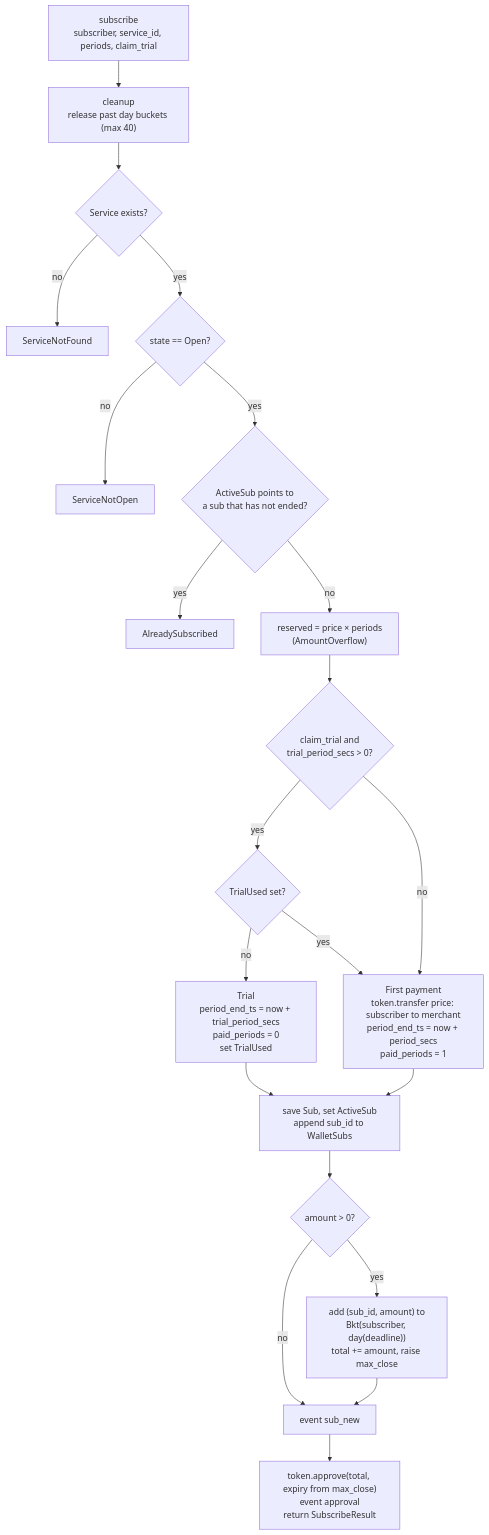
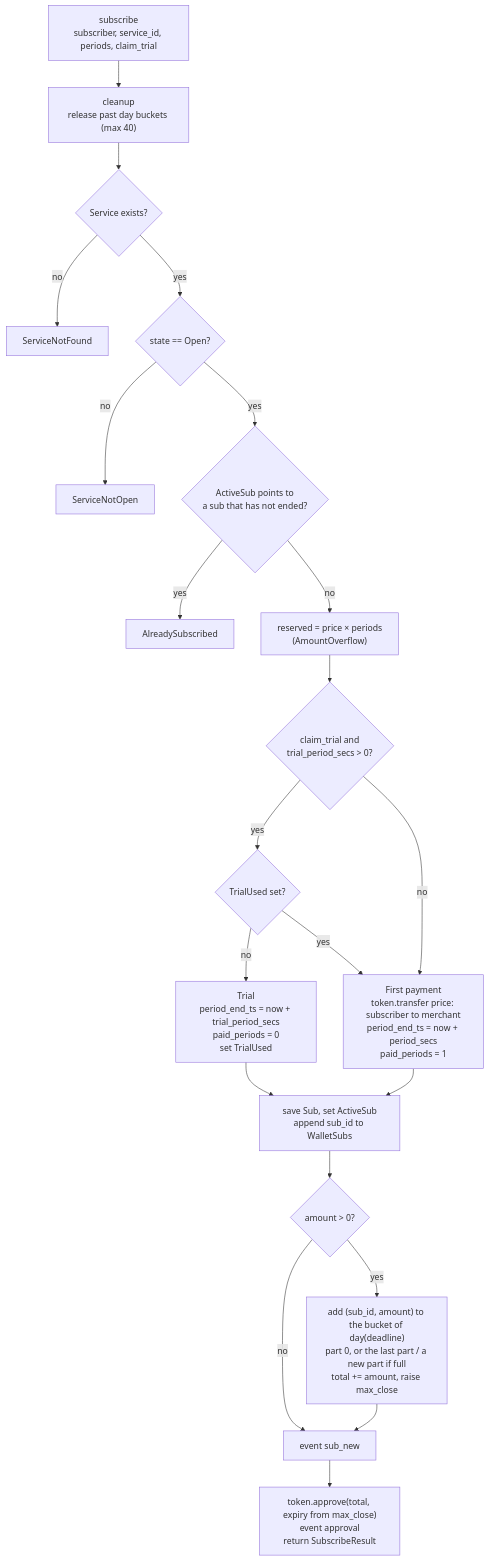
One commit to PiNetwork/PiRC changed the second of 5 diagrams in PiRC2/2-overview.md. Above: the diagram before and after it, drawn with Mermaid. The commit also changed other lines of this file and 3 other files, not shown here.

First line of the commit message:
PiRC2: overflow bucket parts; day 0 = 2026-01-01

````diff
--- a/PiRC2/2-overview.md
+++ b/PiRC2/2-overview.md
@@ -57,23 +57,23 @@
 ```mermaid
 flowchart TD
   A[subscribe<br/>subscriber, service_id, periods, claim_trial] --> CL["cleanup<br/>release past day buckets (max 40)"]
   CL --> B{Service exists?}
   B -- no --> E1[ServiceNotFound]
   B -- yes --> C{state == Open?}
   C -- no --> E2[ServiceNotOpen]
   C -- yes --> D{ActiveSub points to<br/>a sub that has not ended?}
   D -- yes --> E3[AlreadySubscribed]
   D -- no --> RS["reserved = price × periods<br/>(AmountOverflow)"]
   RS --> H{claim_trial and<br/>trial_period_secs > 0?}
   H -- yes --> I{TrialUsed set?}
   I -- no --> T["Trial<br/>period_end_ts = now + trial_period_secs<br/>paid_periods = 0<br/>set TrialUsed"]
   I -- yes --> P
   H -- no --> P["First payment<br/>token.transfer price: subscriber to merchant<br/>period_end_ts = now + period_secs<br/>paid_periods = 1"]
   T --> R["save Sub, set ActiveSub<br/>append sub_id to WalletSubs"]
   P --> R
   R --> K{amount > 0?}
-  K -- yes --> BK["add (sub_id, amount) to<br/>Bkt(subscriber, day(deadline))<br/>total += amount, raise max_close"]
+  K -- yes --> BK["add (sub_id, amount) to the bucket of day(deadline)<br/>part 0, or the last part / a new part if full<br/>total += amount, raise max_close"]
   K -- no --> EV
   BK --> EV[event sub_new]
   EV --> AP["token.approve(total, expiry from max_close)<br/>event approval<br/>return SubscribeResult"]
 ```
````
